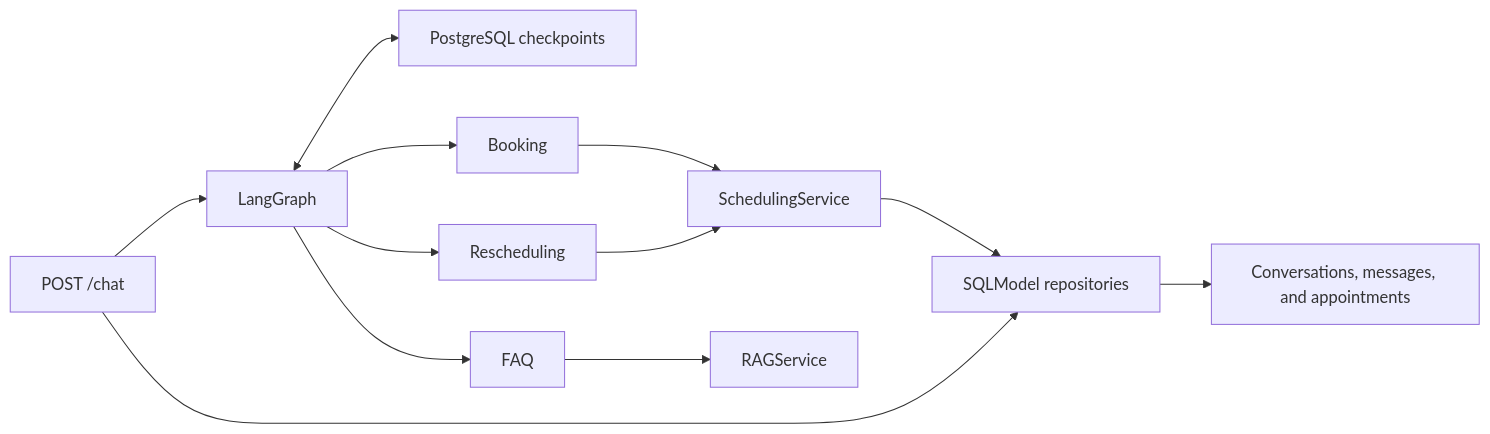
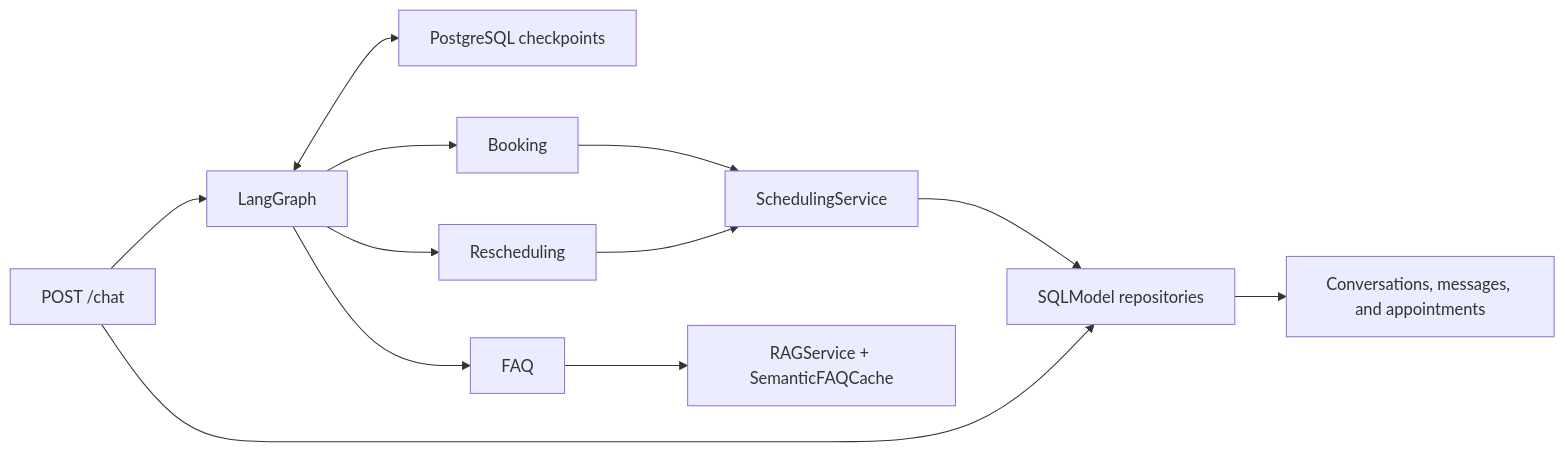
The diagram in README.md (MoizImran01/nova-desk-ai-agent), drawn with Mermaid before and after one commit. The commit also changed other lines of this file and 11 other files, not shown here.

Commit message:
feat(evals): add DeepEval RAG evaluation suite, tune FAQ prompt, and update docs

````diff
--- a/README.md
+++ b/README.md
@@ -43,14 +76,14 @@
 ```mermaid
 flowchart LR
     Chat["POST /chat"] --> Graph["LangGraph"]
     Graph <--> Checkpoints["PostgreSQL checkpoints"]
     Graph --> Booking["Booking"]
     Graph --> Rescheduling["Rescheduling"]
     Graph --> FAQ["FAQ"]
     Booking --> Scheduler["SchedulingService"]
     Rescheduling --> Scheduler
     Scheduler --> Repos["SQLModel repositories"]
     Chat --> Repos
     Repos --> DB["Conversations, messages, and appointments"]
-    FAQ --> RAG["RAGService"]
+    FAQ --> RAG["RAGService + SemanticFAQCache"]
 ```
````
